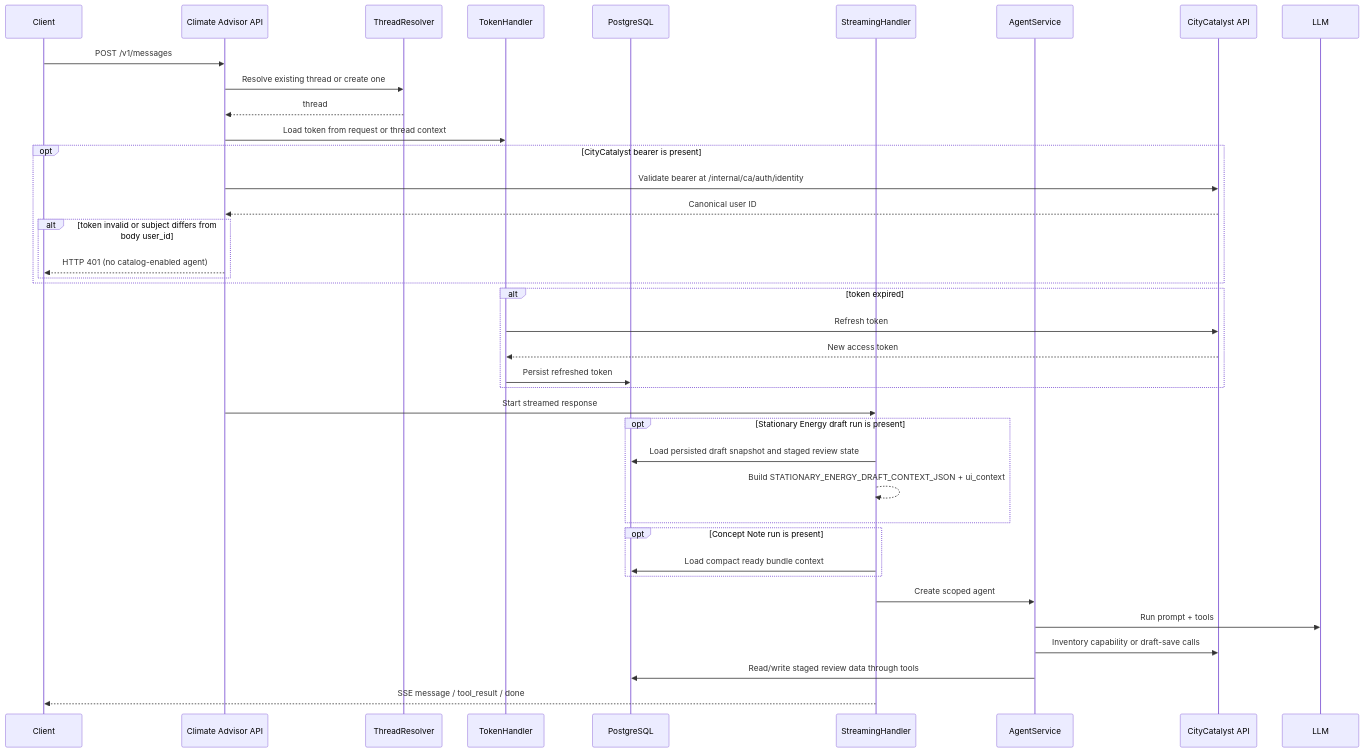
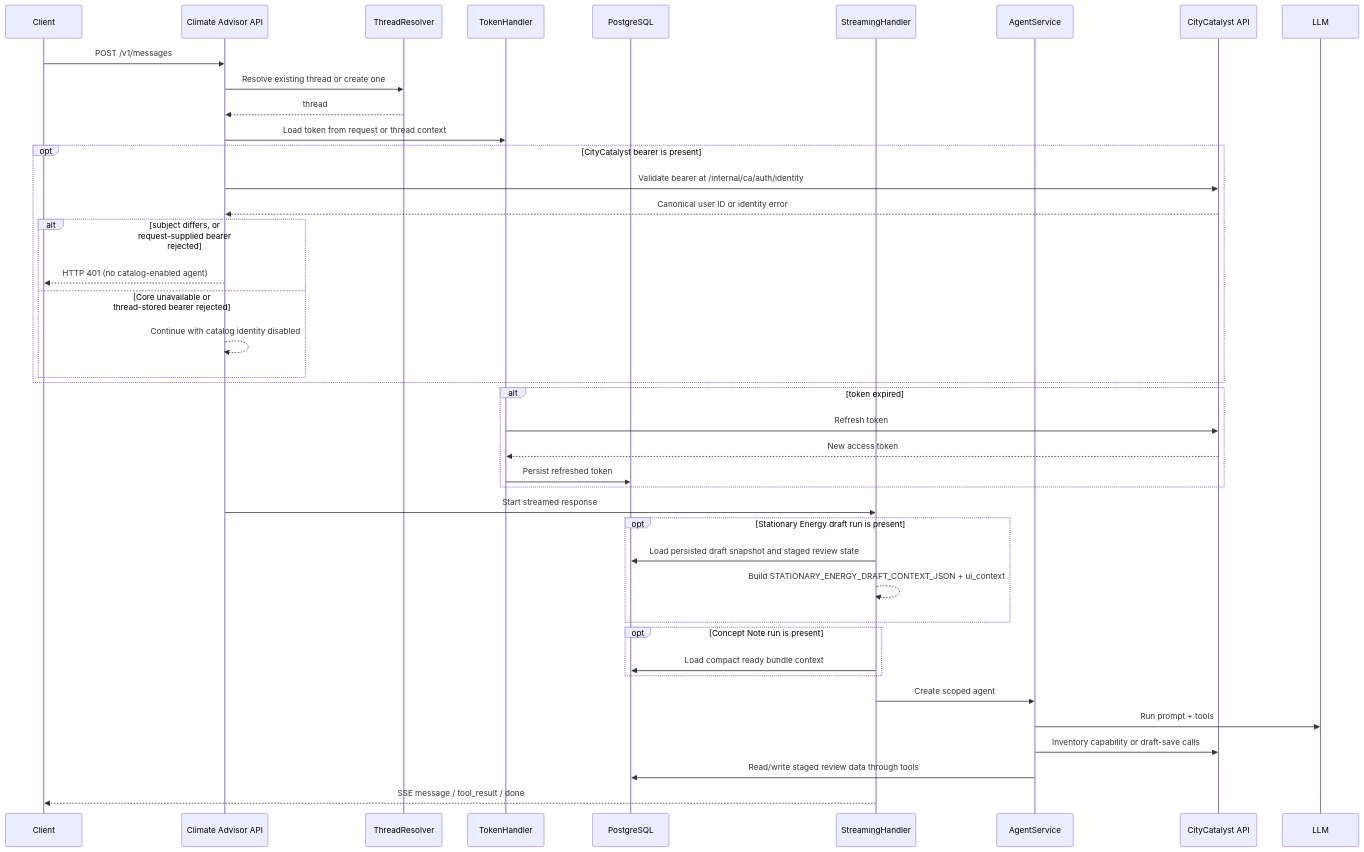
The second of 4 diagrams in climate-advisor/docs/architecture.md (Open-Earth-Foundation/CityCatalyst), drawn with Mermaid before and after one commit. The commit also changed other lines of this file and 3 other files, not shown here.

Commit message:
fix(cc-737): keep chat open when catalog identity is unavailable

````diff
--- a/climate-advisor/docs/architecture.md
+++ b/climate-advisor/docs/architecture.md
@@ -51,44 +51,46 @@
 ```mermaid
 sequenceDiagram
     participant Client
     participant API as Climate Advisor API
     participant Thread as ThreadResolver
     participant Token as TokenHandler
     participant DB as PostgreSQL
     participant Stream as StreamingHandler
     participant Agent as AgentService
     participant CC as CityCatalyst API
 
     Client->>API: POST /v1/messages
     API->>Thread: Resolve existing thread or create one
     Thread-->>API: thread
 
     API->>Token: Load token from request or thread context
     opt CityCatalyst bearer is present
         API->>CC: Validate bearer at /internal/ca/auth/identity
-        CC-->>API: Canonical user ID
-        alt token invalid or subject differs from body user_id
+        CC-->>API: Canonical user ID or identity error
+        alt subject differs, or request-supplied bearer rejected
             API-->>Client: HTTP 401 (no catalog-enabled agent)
+        else Core unavailable or thread-stored bearer rejected
+            API-->>API: Continue with catalog identity disabled
         end
     end
     alt token expired
         Token->>CC: Refresh token
         CC-->>Token: New access token
         Token->>DB: Persist refreshed token
     end
 
     API->>Stream: Start streamed response
     opt Stationary Energy draft run is present
         Stream->>DB: Load persisted draft snapshot and staged review state
         Stream-->>Stream: Build STATIONARY_ENERGY_DRAFT_CONTEXT_JSON + ui_context
     end
     opt Concept Note run is present
         Stream->>DB: Load compact ready bundle context
     end
 
     Stream->>Agent: Create scoped agent
     Agent->>LLM: Run prompt + tools
     Agent->>CC: Inventory capability or draft-save calls
     Agent->>DB: Read/write staged review data through tools
     Stream-->>Client: SSE message / tool_result / done
 ```
````
